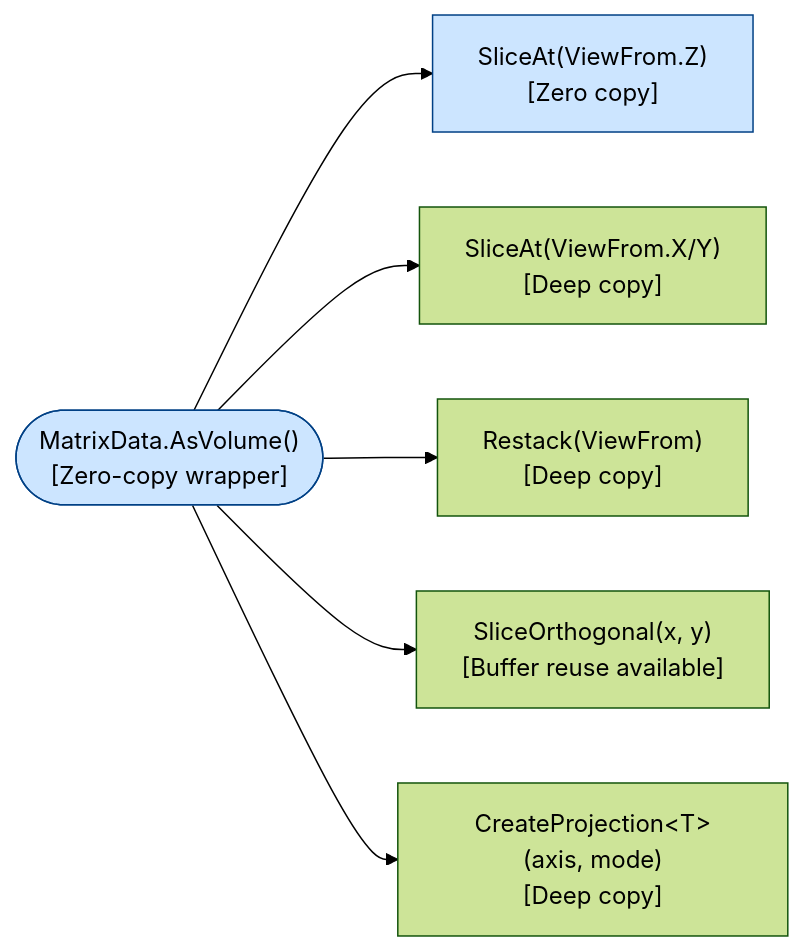
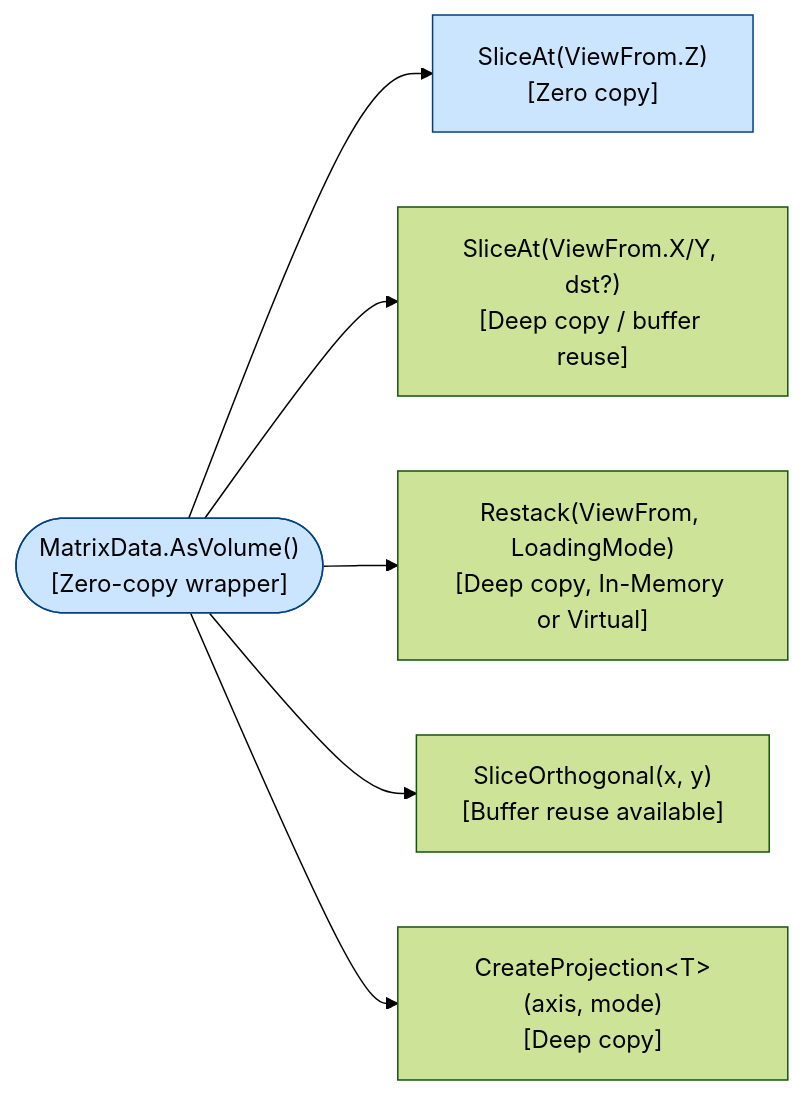
One commit to u1bx0/mxplot changed the third of 3 diagrams in docs/MatrixData_MethodCallMap.md. Above: the diagram before and after it, drawn with Mermaid (forest theme). The commit also changed other lines of this file and 11 other files, not shown here.

````diff
--- a/docs/MatrixData_MethodCallMap.md
+++ b/docs/MatrixData_MethodCallMap.md
@@ -79,12 +79,12 @@
 ```mermaid
 flowchart LR
     AVOL(["MatrixData.AsVolume()\n[Zero-copy wrapper]"]):::zero
 
     AVOL --> VSZ["SliceAt(ViewFrom.Z)\n[Zero copy]"]:::zero
-    AVOL --> VSXY["SliceAt(ViewFrom.X/Y)\n[Deep copy]"]
-    AVOL --> RESTZ["Restack(ViewFrom)\n[Deep copy]"]
+    AVOL --> VSXY["SliceAt(ViewFrom.X/Y, dst?)\n[Deep copy / buffer reuse]"]
+    AVOL --> RESTZ["Restack(ViewFrom, LoadingMode)\n[Deep copy, In-Memory or Virtual]"]
     AVOL --> VSO["SliceOrthogonal(x, y)\n[Buffer reuse available]"]
     AVOL --> PROJ["CreateProjection&lt;T&gt;(axis, mode)\n[Deep copy]"]
 
     classDef zero fill:#cce5ff,stroke:#004085,color:#000
 ```
````
